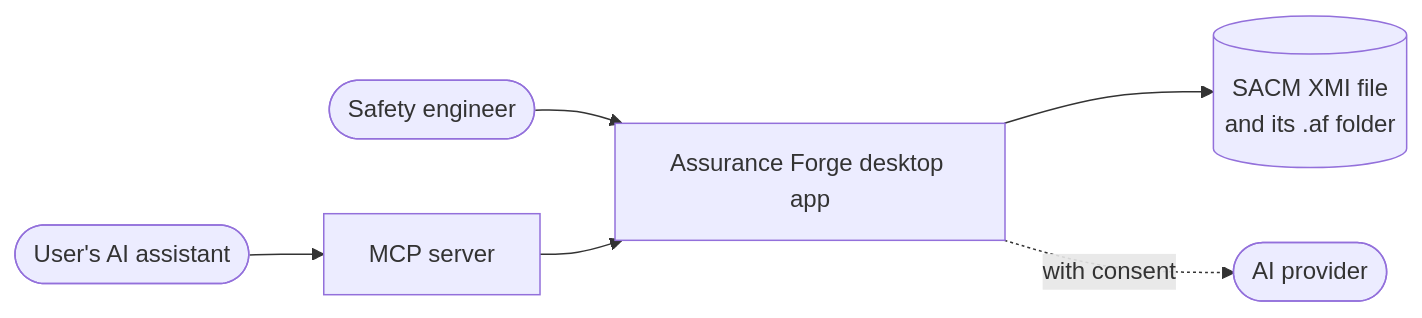
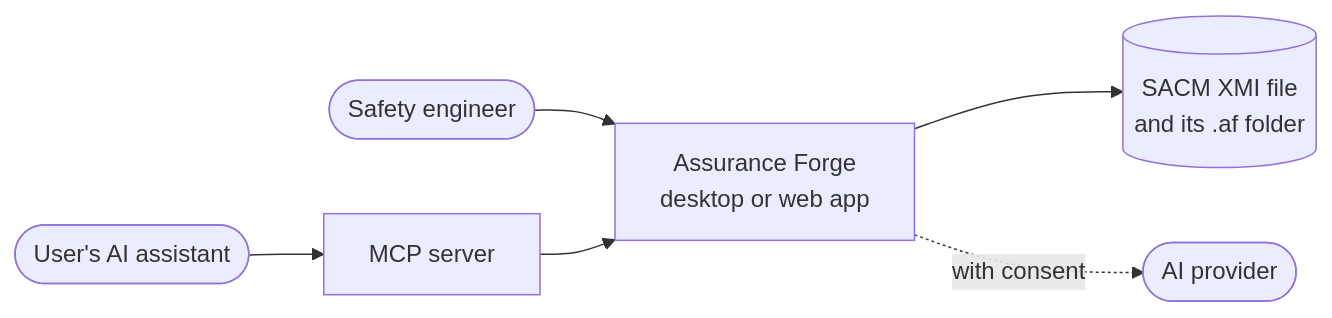
One commit to lasrod/assurance-forge changed the first of 2 diagrams in ARCHITECTURE.md. Above: the diagram before and after it, drawn with Mermaid. The commit also changed other lines of this file and 6 other files, not shown here.

First line of the commit message:
Plan the diagram step, and record that the tool runs on the desktop and in the browser

````diff
--- a/ARCHITECTURE.md
+++ b/ARCHITECTURE.md
@@ -26,8 +30,8 @@
 ```mermaid
 flowchart LR
-    User([Safety engineer]) --> App[Assurance Forge desktop app]
+    User([Safety engineer]) --> App[Assurance Forge<br/>desktop or web app]
     Agent([User's AI assistant]) --> Mcp[MCP server]
     Mcp --> App
     App --> File[(SACM XMI file<br/>and its .af folder)]
     App -. with consent .-> Provider([AI provider])
 ```
````
